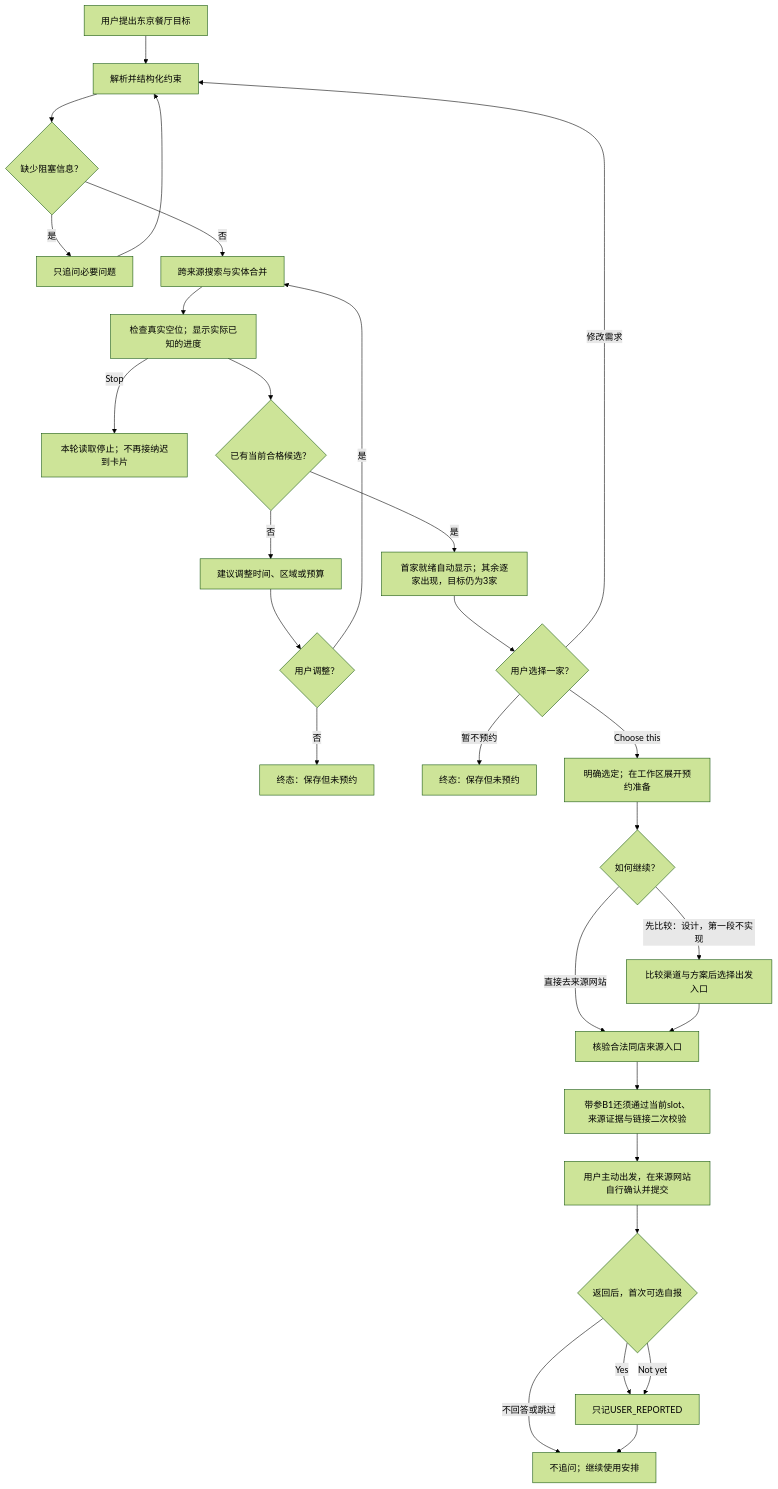
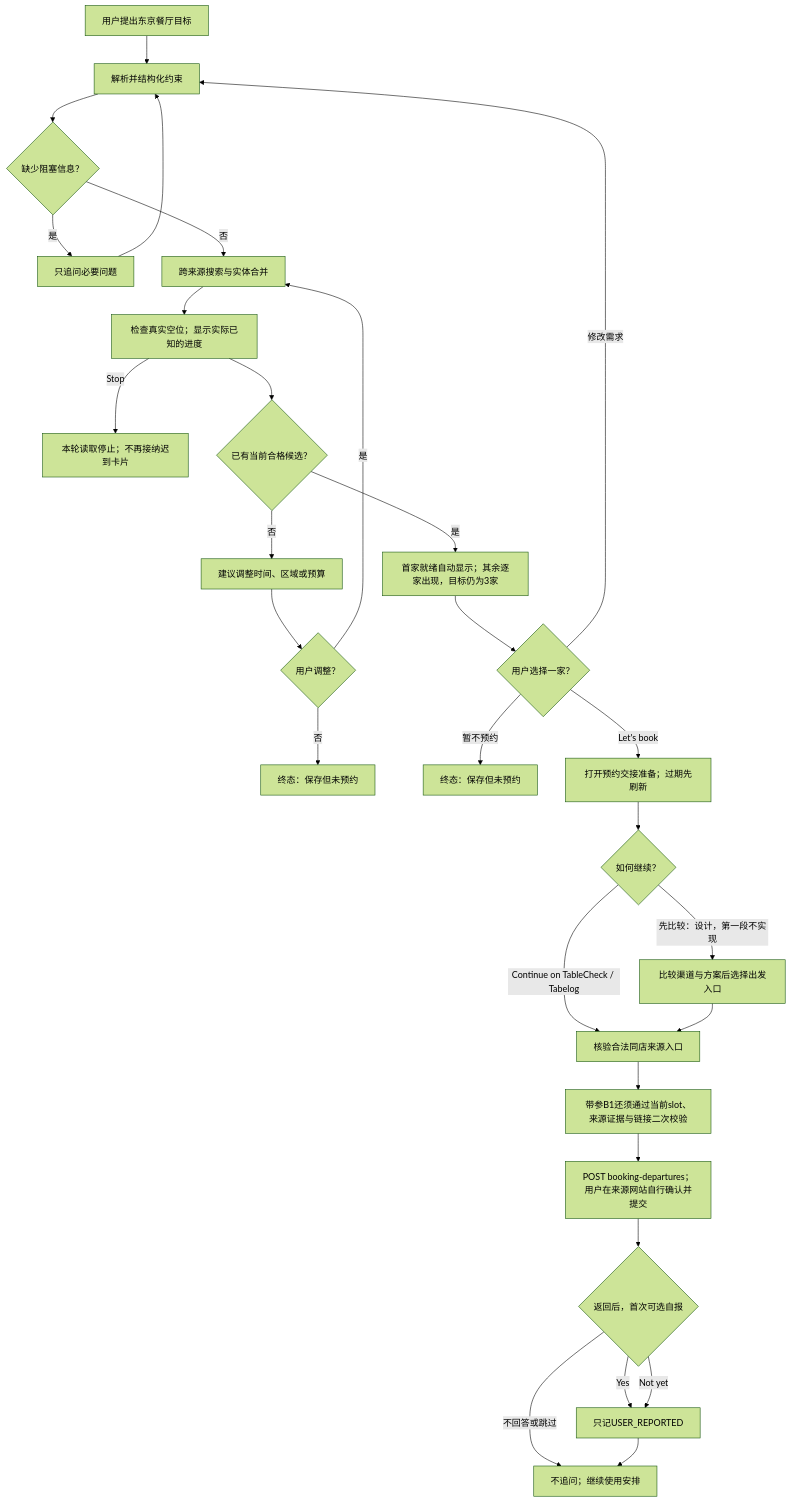
The first of 2 diagrams in docs/product/USER-FLOWS.md (wzhgogogo/Praxis), drawn with Mermaid (forest theme) before and after one commit. The commit also changed other lines of this file and 34 other files, not shown here.

````diff
--- a/docs/product/USER-FLOWS.md
+++ b/docs/product/USER-FLOWS.md
@@ -30,31 +30,31 @@
 ```mermaid
 flowchart TD
     A["用户提出东京餐厅目标"] --> B["解析并结构化约束"]
     B --> C{"缺少阻塞信息？"}
     C -- "是" --> D["只追问必要问题"]
     D --> B
     C -- "否" --> E["跨来源搜索与实体合并"]
     E --> F["检查真实空位；显示实际已知的进度"]
     F -- "Stop" --> X0["本轮读取停止；不再接纳迟到卡片"]
     F --> G{"已有当前合格候选？"}
     G -- "否" --> H["建议调整时间、区域或预算"]
     H --> I{"用户调整？"}
     I -- "是" --> E
     I -- "否" --> X1["终态：保存但未预约"]
     G -- "是" --> J["首家就绪自动显示；其余逐家出现，目标仍为3家"]
     J --> K{"用户选择一家？"}
     K -- "修改需求" --> B
     K -- "暂不预约" --> X2["终态：保存但未预约"]
-    K -- "Choose this" --> L["明确选定；在工作区展开预约准备"]
+    K -- "Let's book" --> L["打开预约交接准备；过期先刷新"]
     L --> M{"如何继续？"}
-    M -- "直接去来源网站" --> N["核验合法同店来源入口"]
+    M -- "Continue on TableCheck / Tabelog" --> N["核验合法同店来源入口"]
     M -- "先比较：设计，第一段不实现" --> O["比较渠道与方案后选择出发入口"]
     O --> N
     N --> P["带参B1还须通过当前slot、来源证据与链接二次校验"]
-    P --> Q["用户主动出发，在来源网站自行确认并提交"]
+    P --> Q["POST booking-departures；用户在来源网站自行确认并提交"]
     Q --> R{"返回后，首次可选自报"}
     R -- "Yes" --> S["只记USER_REPORTED"]
     R -- "Not yet" --> S
     R -- "不回答或跳过" --> T["不追问；继续使用安排"]
     S --> T
 ```
````
